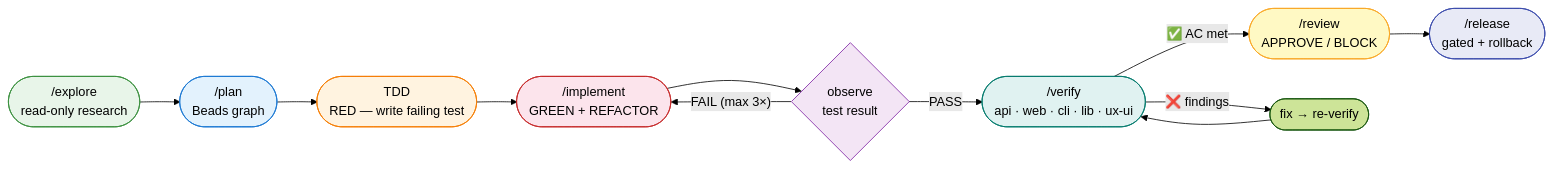
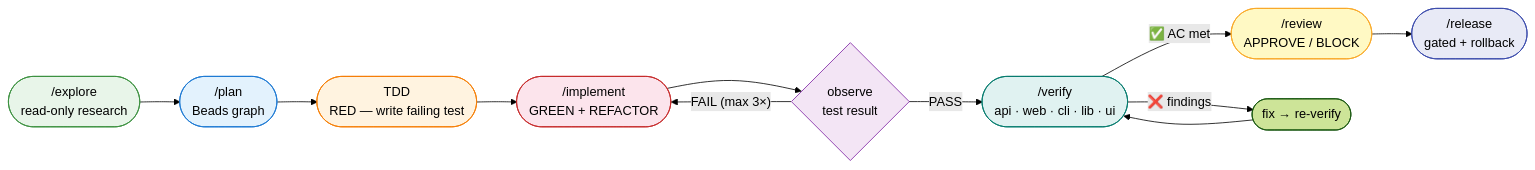
Before and after one commit to bioinfornatics/agentic-devlopment: the diagram in docs/00-index.md, drawn with Mermaid (forest theme). The commit also changed 5 other files, not shown here.

````diff
--- a/docs/00-index.md
+++ b/docs/00-index.md
@@ -7,22 +7,22 @@
 ```mermaid
 flowchart LR
     E(["/explore\nread-only research"]) --> P(["/plan\nBeads graph"])
     P --> T(["TDD\nRED — write failing test"])
     T --> I(["/implement\nGREEN + REFACTOR"])
     I --> O{observe\ntest result}
-    O -- PASS --> V(["/verify\napi · web · cli · lib · ux-ui"])
+    O -- PASS --> V(["/verify\napi · web · cli · lib · ui"])
     O -- "FAIL (max 3×)" --> I
     V -- "✅ AC met" --> R(["/review\nAPPROVE / BLOCK"])
     R --> L(["/release\ngated + rollback"])
     V -- "❌ findings" --> FIX(["fix → re-verify"])
     FIX --> V
 
     style E fill:#e8f5e9,stroke:#388e3c
     style P fill:#e3f2fd,stroke:#1976d2
     style T fill:#fff3e0,stroke:#f57c00
     style I fill:#fce4ec,stroke:#c62828
     style O fill:#f3e5f5,stroke:#7b1fa2
     style V fill:#e0f2f1,stroke:#00796b
     style R fill:#fff9c4,stroke:#f9a825
     style L fill:#e8eaf6,stroke:#3949ab
 ```
````
